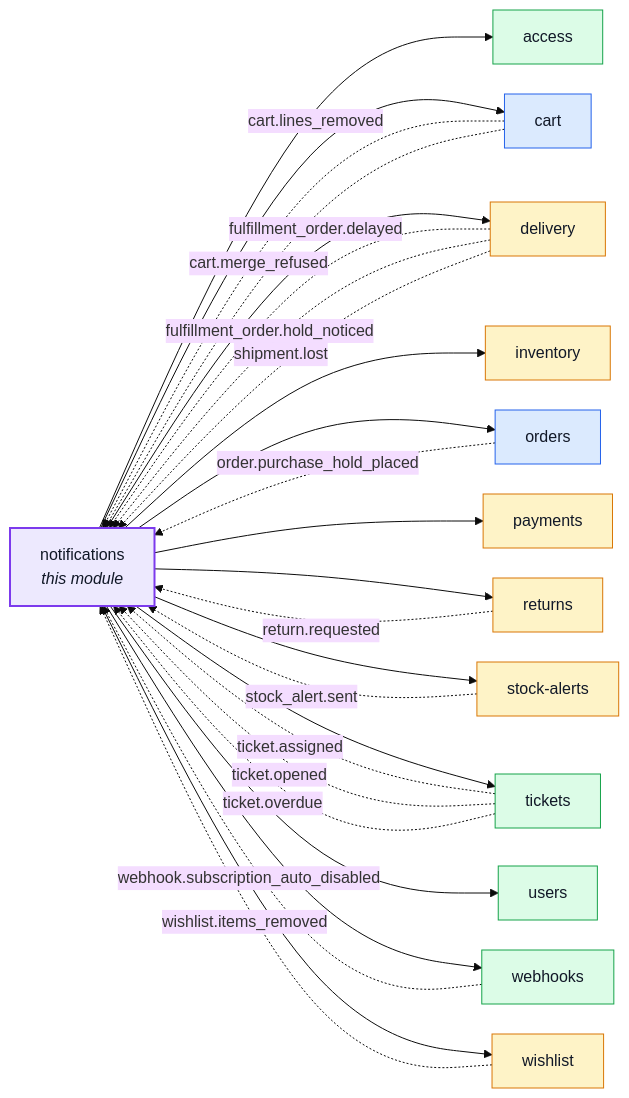
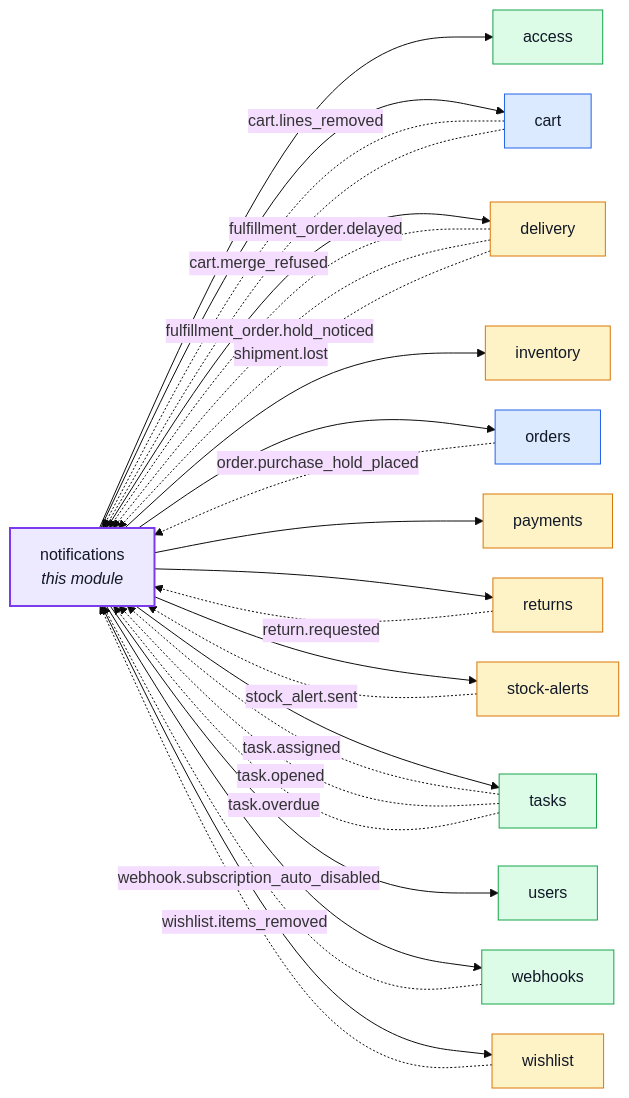
Before and after one commit to Guebbit/boilerplate-node-backend: the first of 4 diagrams in docs/modules/notifications.md, drawn with Mermaid (base theme). The commit also changed other lines of this file and 251 other files, not shown here.

First line of the commit message:
refactor(tasks)!: rename the tickets module to tasks, contract included

````diff
--- a/docs/modules/notifications.md
+++ b/docs/modules/notifications.md
@@ -16,52 +16,52 @@
 ```mermaid
 %%{init: {'flowchart': {'nodeSpacing': 30, 'rankSpacing': 60}}}%%
 flowchart LR
     notifications["notifications<br/><i>this module</i>"]
     access["access"]
     cart["cart"]
     delivery["delivery"]
     inventory["inventory"]
     orders["orders"]
     payments["payments"]
     returns["returns"]
     stock_alerts["stock-alerts"]
-    tickets["tickets"]
+    tasks["tasks"]
     users["users"]
     webhooks["webhooks"]
     wishlist["wishlist"]
 
     notifications --> access
     notifications --> cart
     notifications --> delivery
     notifications --> inventory
     notifications --> orders
     notifications --> payments
     notifications --> returns
     notifications --> stock_alerts
-    notifications --> tickets
+    notifications --> tasks
     notifications --> users
     notifications --> webhooks
     notifications --> wishlist
     cart -. "cart.lines_removed" .-> notifications
     cart -. "cart.merge_refused" .-> notifications
     delivery -. "fulfillment_order.delayed" .-> notifications
     delivery -. "fulfillment_order.hold_noticed" .-> notifications
     delivery -. "shipment.lost" .-> notifications
     orders -. "order.purchase_hold_placed" .-> notifications
     returns -. "return.requested" .-> notifications
     stock_alerts -. "stock_alert.sent" .-> notifications
-    tickets -. "ticket.assigned" .-> notifications
-    tickets -. "ticket.opened" .-> notifications
-    tickets -. "ticket.overdue" .-> notifications
+    tasks -. "task.assigned" .-> notifications
+    tasks -. "task.opened" .-> notifications
+    tasks -. "task.overdue" .-> notifications
     webhooks -. "webhook.subscription_auto_disabled" .-> notifications
     wishlist -. "wishlist.items_removed" .-> notifications
 
     classDef core fill:#dbeafe,stroke:#2563eb,color:#111827;
     classDef supporting fill:#fef3c7,stroke:#d97706,color:#111827;
     classDef generic fill:#dcfce7,stroke:#16a34a,color:#111827;
     classDef centre fill:#ede9fe,stroke:#7c3aed,stroke-width:2px,color:#111827;
     class cart,orders core;
     class delivery,inventory,payments,returns,stock_alerts,wishlist supporting;
-    class access,tickets,users,webhooks generic;
+    class access,tasks,users,webhooks generic;
     class notifications centre;
 ```
````
